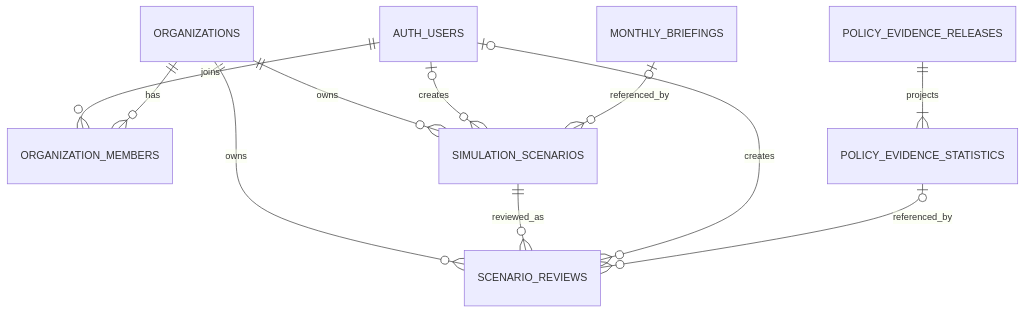
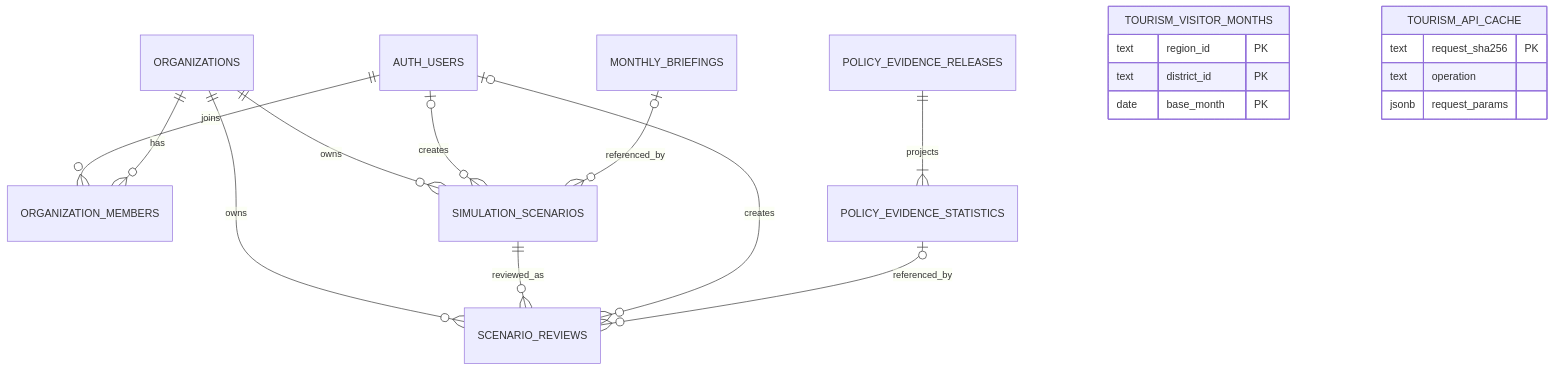
Before and after one commit to tnwjd508/Travel-project: the diagram in docs/supabase-database-design.md, drawn with Mermaid. The commit also changed other lines of this file and 29 other files, not shown here.

````diff
--- a/docs/supabase-database-design.md
+++ b/docs/supabase-database-design.md
@@ -39,13 +39,23 @@
 ```mermaid
 erDiagram
     AUTH_USERS ||--o{ ORGANIZATION_MEMBERS : joins
     ORGANIZATIONS ||--o{ ORGANIZATION_MEMBERS : has
     ORGANIZATIONS ||--o{ SIMULATION_SCENARIOS : owns
     AUTH_USERS o|--o{ SIMULATION_SCENARIOS : creates
     MONTHLY_BRIEFINGS o|--o{ SIMULATION_SCENARIOS : referenced_by
     ORGANIZATIONS ||--o{ SCENARIO_REVIEWS : owns
     SIMULATION_SCENARIOS ||--o{ SCENARIO_REVIEWS : reviewed_as
     AUTH_USERS o|--o{ SCENARIO_REVIEWS : creates
     POLICY_EVIDENCE_RELEASES ||--|{ POLICY_EVIDENCE_STATISTICS : projects
     POLICY_EVIDENCE_STATISTICS o|--o{ SCENARIO_REVIEWS : referenced_by
+    TOURISM_VISITOR_MONTHS {
+        text region_id PK
+        text district_id PK
+        date base_month PK
+    }
+    TOURISM_API_CACHE {
+        text request_sha256 PK
+        text operation
+        jsonb request_params
+    }
 ```
````
